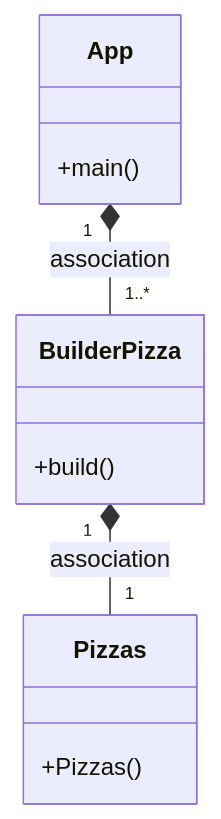
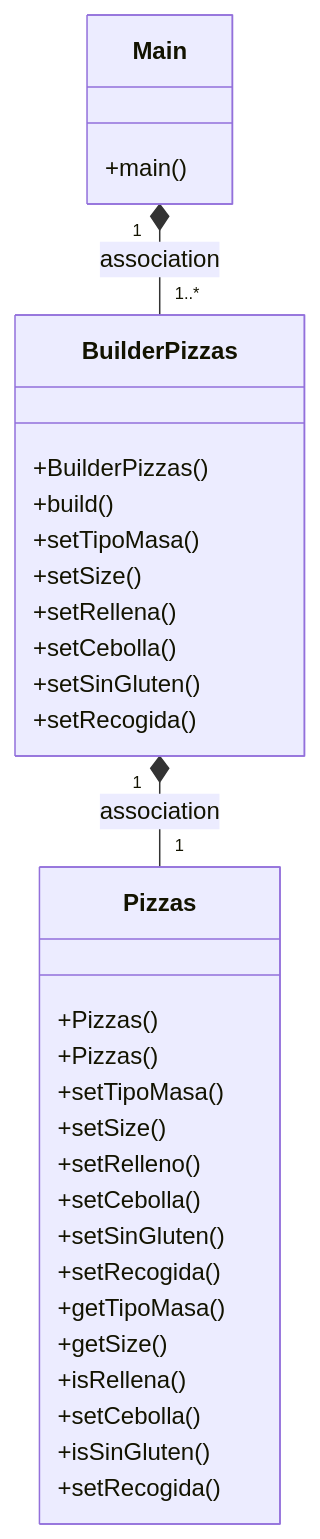
One commit to samueldam1/TareaBuilderPizza changed the first of 3 diagrams in README.md. Above: the diagram before and after it, drawn with Mermaid. The commit also changed other lines of this file, not shown here.

````diff
--- a/README.md
+++ b/README.md
@@ -1,12 +1,39 @@
 ```mermaid
 classDiagram
-    App "1" *-- "1..*" BuilderPizza : association
-    class App{
+    class Main{
         +main()
     }
-    class BuilderPizza{
+    
+    class BuilderPizzas{
+        +BuilderPizzas()
         +build()
+        +setTipoMasa()
+        +setSize()
+        +setRellena()
+        +setCebolla()
+        +setSinGluten()
+        +setRecogida()
     }
-    BuilderPizza "1" *-- "1" Pizzas : association
-    class Pizzas {+Pizzas()}      
+    
+    class Pizzas {
+        +Pizzas()
+        +Pizzas()
+        +setTipoMasa()
+        +setSize()
+        +setRelleno()
+        +setCebolla()
+        +setSinGluten()
+        +setRecogida()
+                
+        +getTipoMasa()
+        +getSize()
+        +isRellena()
+        +setCebolla()
+        +isSinGluten()
+        +setRecogida()
+    }     
+    
+    Main "1" *-- "1..*" BuilderPizzas : association
+    BuilderPizzas "1" *-- "1" Pizzas : association    
+     
 ```
````
